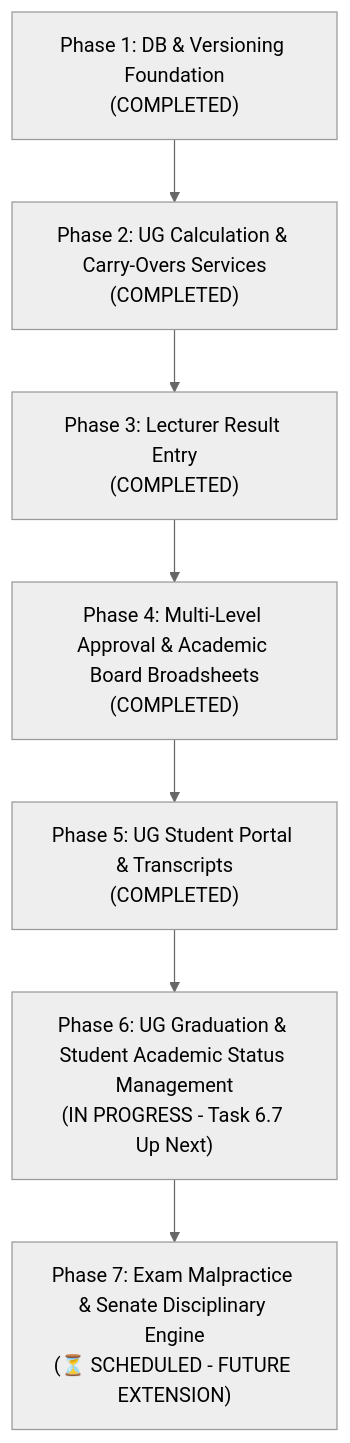
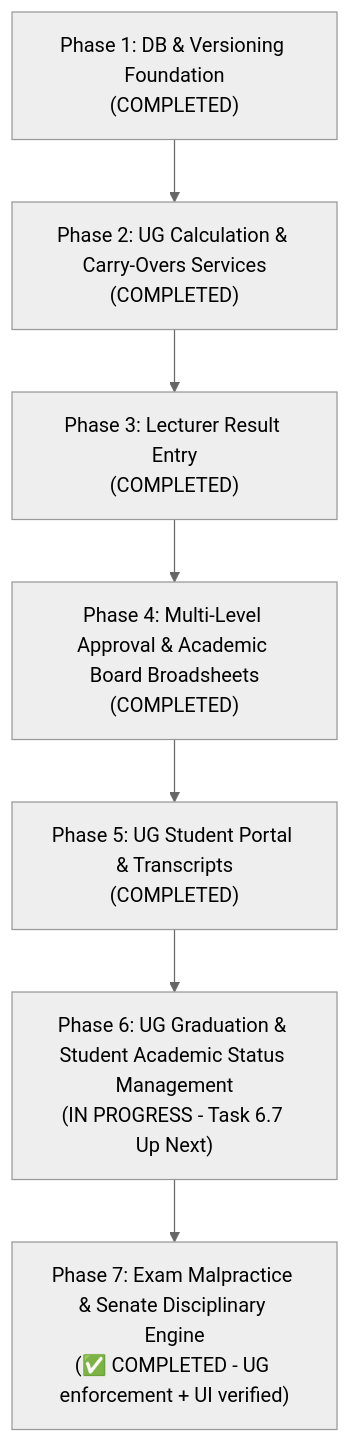
The diagram in result_processing_agent_phases.md (bashyauri/admission), drawn with Mermaid (neutral theme) before and after one commit. The commit also changed other lines of this file and 12 other files, not shown here.

````diff
--- a/result_processing_agent_phases.md
+++ b/result_processing_agent_phases.md
@@ -25,9 +25,9 @@
 ```mermaid
 graph TD
     P1["Phase 1: DB & Versioning Foundation<br/>(COMPLETED)"] --> P2["Phase 2: UG Calculation & Carry-Overs Services<br/>(COMPLETED)"]
     P2 --> P3["Phase 3: Lecturer Result Entry<br/>(COMPLETED)"]
     P3 --> P4["Phase 4: Multi-Level Approval & Academic Board Broadsheets<br/>(COMPLETED)"]
     P4 --> P5["Phase 5: UG Student Portal & Transcripts<br/>(COMPLETED)"]
     P5 --> P6["Phase 6: UG Graduation & Student Academic Status Management<br/>(IN PROGRESS - Task 6.7 Up Next)"]
-    P6 --> P7["Phase 7: Exam Malpractice & Senate Disciplinary Engine<br/>(⏳ SCHEDULED - FUTURE EXTENSION)"]
+    P6 --> P7["Phase 7: Exam Malpractice & Senate Disciplinary Engine<br/>(✅ COMPLETED - UG enforcement + UI verified)"]
 ```
````
